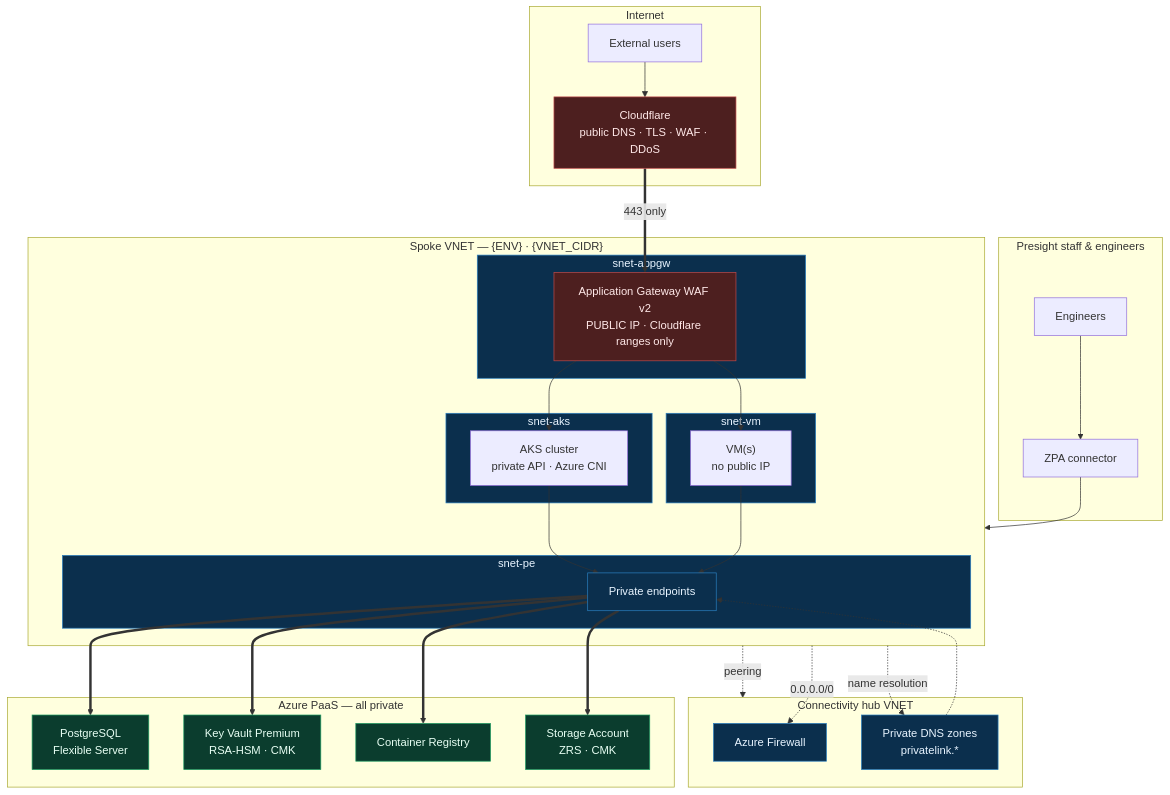
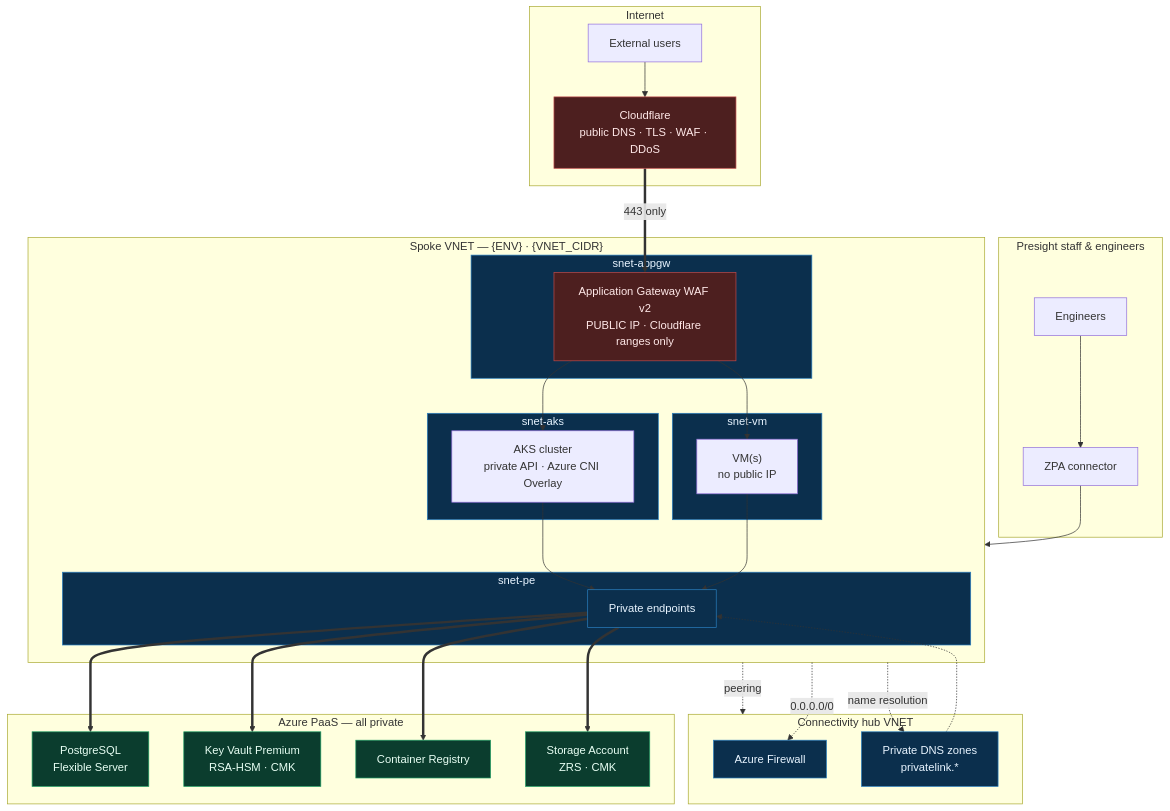
Before and after one commit to mr-ankesh/Subnet-Finder-App: the diagram in advisor_kb/diagrams/environment_full.mmd, drawn with Mermaid. The commit also changed 8 other files, not shown here.

```diff
--- a/advisor_kb/diagrams/environment_full.mmd
+++ b/advisor_kb/diagrams/environment_full.mmd
@@ -1,57 +1,57 @@
 %% Composer: full environment. {ENV} {VNET_CIDR}
 %% OMIT the NET subgraph and CF/AGW entirely when exposure == internal_only
 flowchart TB
     subgraph NET["Internet"]
         USER["External users"]
         CF["Cloudflare<br/>public DNS · TLS · WAF · DDoS"]
         USER --> CF
     end
     subgraph STAFF["Presight staff & engineers"]
         ENG["Engineers"]
         ZPA["ZPA connector"]
         ENG --> ZPA
     end
     subgraph HUB["Connectivity hub VNET"]
         FW["Azure Firewall"]
         DNSZ["Private DNS zones<br/>privatelink.*"]
     end
     subgraph SPOKE["Spoke VNET — {ENV} · {VNET_CIDR}"]
         subgraph SN1["snet-appgw"]
             AGW["Application Gateway WAF v2<br/>PUBLIC IP · Cloudflare ranges only"]
         end
         subgraph SN2["snet-aks"]
-            AKS["AKS cluster<br/>private API · Azure CNI"]
+            AKS["AKS cluster<br/>private API · Azure CNI Overlay"]
         end
         subgraph SN3["snet-vm"]
             VMS["VM(s)<br/>no public IP"]
         end
         subgraph SN4["snet-pe"]
             PE["Private endpoints"]
         end
     end
     subgraph PAAS["Azure PaaS — all private"]
         PG["PostgreSQL<br/>Flexible Server"]
         KV["Key Vault Premium<br/>RSA-HSM · CMK"]
         ACR["Container Registry"]
         SA["Storage Account<br/>ZRS · CMK"]
     end
     CF ==>|"443 only"| AGW
     AGW --> AKS
     AGW --> VMS
     ZPA --> SPOKE
     AKS --> PE
     VMS --> PE
     PE ==> PG
     PE ==> KV
     PE ==> ACR
     PE ==> SA
     SPOKE -.->|"peering"| HUB
     SPOKE -.->|"0.0.0.0/0"| FW
     SPOKE -.->|"name resolution"| DNSZ
     DNSZ -.-> PE
     classDef pub fill:#4d1f1f,stroke:#c04a4a,color:#ffe8e8
     classDef sec fill:#0b3d2e,stroke:#1f9d63,color:#e8fff4
     classDef net fill:#0b2f4d,stroke:#2a7fbf,color:#e8f4ff
     class CF,AGW pub
     class PG,KV,ACR,SA sec
     class PE,DNSZ,FW,SN1,SN2,SN3,SN4 net
```
